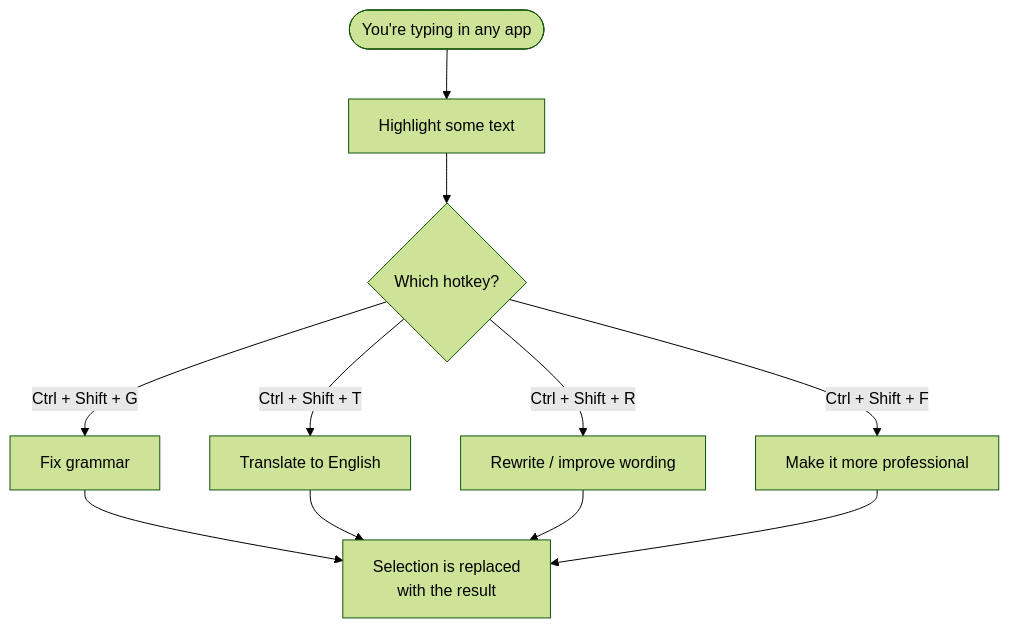
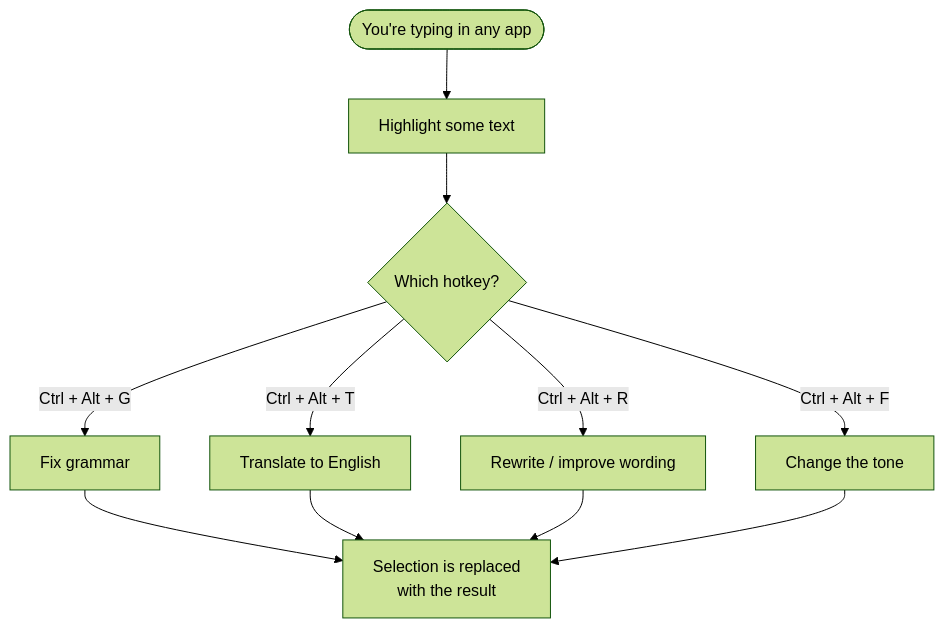
The second of 4 diagrams in USER_GUIDE.md (cthboss001/texai), drawn with Mermaid (forest theme) before and after one commit. The commit also changed other lines of this file and 3 other files, not shown here.

````diff
--- a/USER_GUIDE.md
+++ b/USER_GUIDE.md
@@ -57,13 +50,13 @@
 ```mermaid
 flowchart TD
     Start([You're typing in any app]) --> Select[Highlight some text]
     Select --> Key{Which hotkey?}
-    Key -->|Ctrl + Shift + G| Grammar[Fix grammar]
-    Key -->|Ctrl + Shift + T| Translate[Translate to English]
-    Key -->|Ctrl + Shift + R| Rewrite[Rewrite / improve wording]
-    Key -->|Ctrl + Shift + F| Tone[Make it more professional]
-    Grammar --> Done[Selection is replaced\nwith the result]
+    Key -->|Ctrl + Alt + G| Grammar[Fix grammar]
+    Key -->|Ctrl + Alt + T| Translate[Translate to English]
+    Key -->|Ctrl + Alt + R| Rewrite[Rewrite / improve wording]
+    Key -->|Ctrl + Alt + F| Tone[Change the tone]
+    Grammar --> Done[Selection is replaced<br/>with the result]
     Translate --> Done
     Rewrite --> Done
     Tone --> Done
 ```
````
